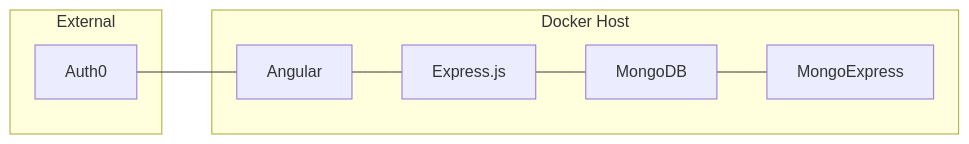
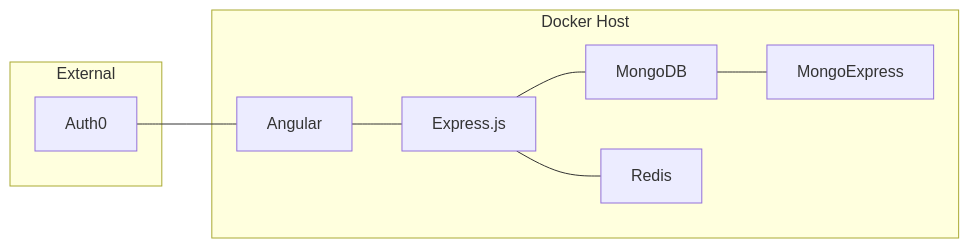
One commit to DavideDeZuane/advanced_programming changed the second of 3 diagrams in README.md. Above: the diagram before and after it, drawn with Mermaid. The commit also changed other lines of this file, not shown here.

````diff
--- a/README.md
+++ b/README.md
@@ -28,12 +36,13 @@
 ```mermaid
 graph LR;
     subgraph Docker Host
     Express.js ---  MongoDB;
     MongoDB --- MongoExpress;
     Angular --- Express.js;
+    Express.js --- Redis
     end
     subgraph External
     Auth0
     end
     Auth0 --- Angular
 ```
````
